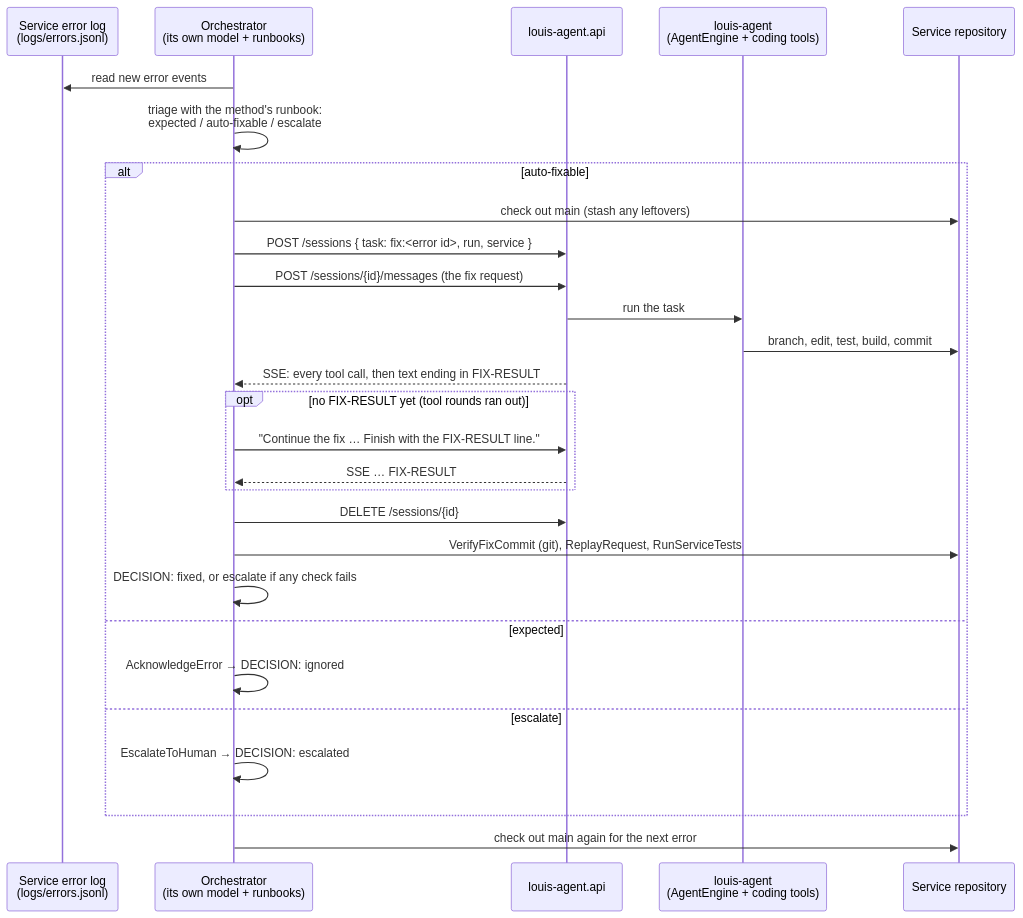
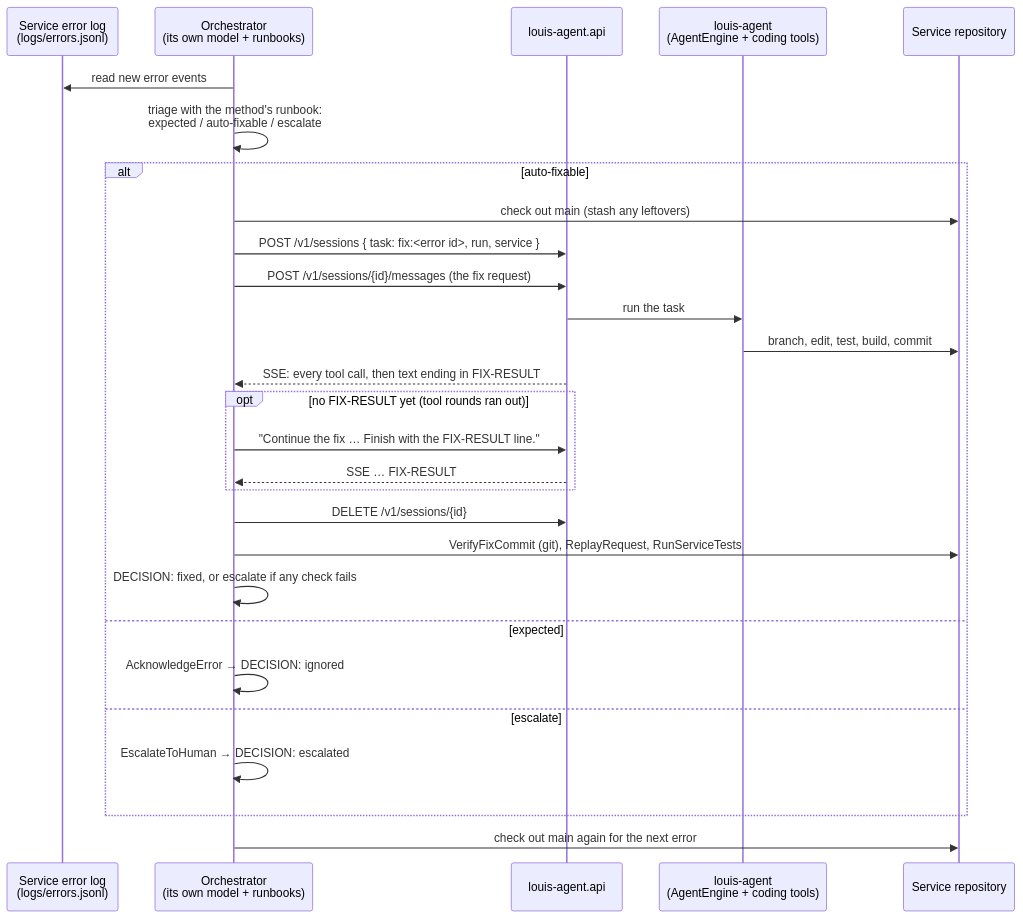
The third of 3 diagrams in docs/AGENT_COMMUNICATION.md (bosbevk/louis-agent), drawn with Mermaid before and after one commit. The commit also changed other lines of this file and 57 other files, not shown here.

````diff
--- a/docs/AGENT_COMMUNICATION.md
+++ b/docs/AGENT_COMMUNICATION.md
@@ -299,31 +306,31 @@
 ```mermaid
 sequenceDiagram
     participant Log as Service error log<br/>(logs/errors.jsonl)
     participant O as Orchestrator<br/>(its own model + runbooks)
     participant A as louis-agent.api
     participant L as louis-agent<br/>(AgentEngine + coding tools)
     participant G as Service repository
 
     O->>Log: read new error events
     O->>O: triage with the method's runbook:<br/>expected / auto-fixable / escalate
     alt auto-fixable
         O->>G: check out main (stash any leftovers)
-        O->>A: POST /sessions { task: fix:<error id>, run, service }
-        O->>A: POST /sessions/{id}/messages (the fix request)
+        O->>A: POST /v1/sessions { task: fix:<error id>, run, service }
+        O->>A: POST /v1/sessions/{id}/messages (the fix request)
         A->>L: run the task
         L->>G: branch, edit, test, build, commit
         A-->>O: SSE: every tool call, then text ending in FIX-RESULT
         opt no FIX-RESULT yet (tool rounds ran out)
             O->>A: "Continue the fix … Finish with the FIX-RESULT line."
             A-->>O: SSE … FIX-RESULT
         end
-        O->>A: DELETE /sessions/{id}
+        O->>A: DELETE /v1/sessions/{id}
         O->>G: VerifyFixCommit (git), ReplayRequest, RunServiceTests
         O->>O: DECISION: fixed, or escalate if any check fails
     else expected
         O->>O: AcknowledgeError → DECISION: ignored
     else escalate
         O->>O: EscalateToHuman → DECISION: escalated
     end
     O->>G: check out main again for the next error
 ```
````
